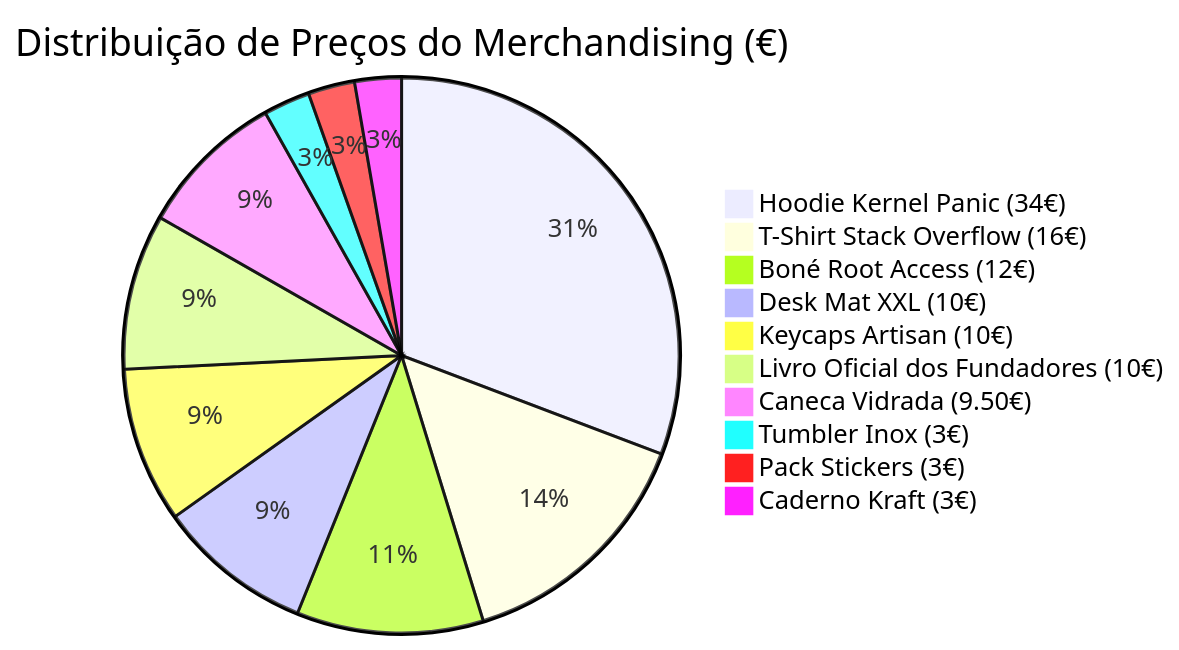
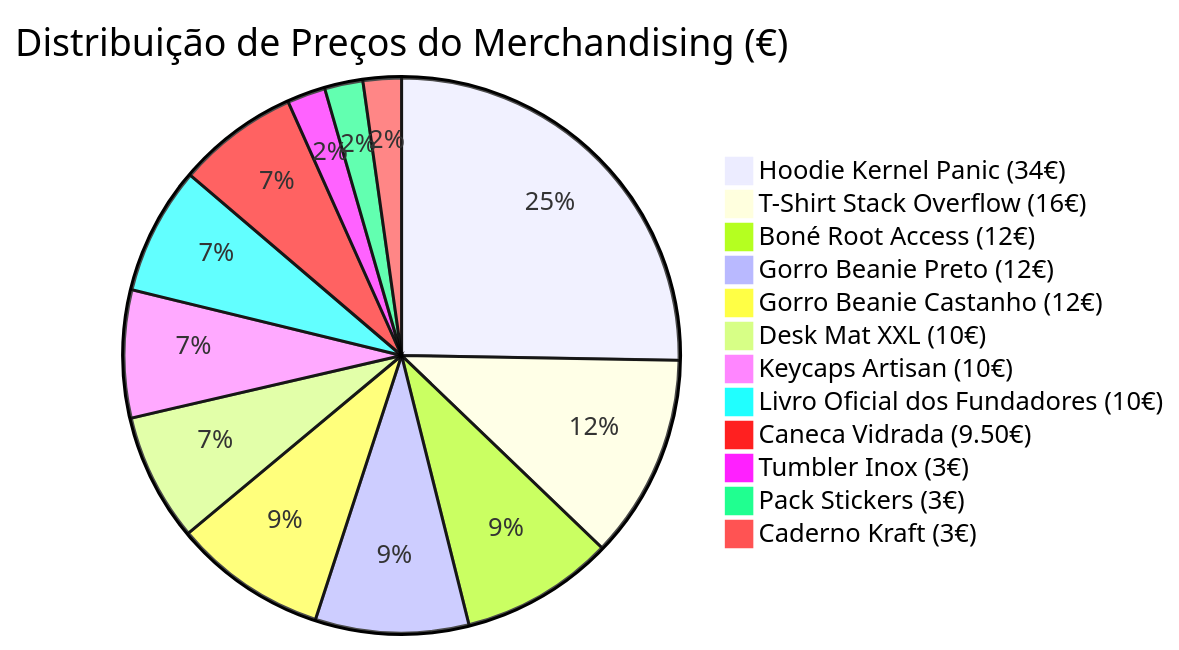
One commit to RKRomao/PlanB changed the sixth of 14 diagrams in PLANO_CYBERCAFE.md. Above: the diagram before and after it, drawn with Mermaid. The commit also changed other lines of this file and 17 other files, not shown here.

````diff
--- a/PLANO_CYBERCAFE.md
+++ b/PLANO_CYBERCAFE.md
@@ -219,13 +262,15 @@
 ```mermaid
 pie title Distribuição de Preços do Merchandising (€)
     "Hoodie Kernel Panic (34€)" : 34
     "T-Shirt Stack Overflow (16€)" : 16
     "Boné Root Access (12€)" : 12
+    "Gorro Beanie Preto (12€)" : 12
+    "Gorro Beanie Castanho (12€)" : 12
     "Desk Mat XXL (10€)" : 10
     "Keycaps Artisan (10€)" : 10
     "Livro Oficial dos Fundadores (10€)" : 10
     "Caneca Vidrada (9.50€)" : 9.5
     "Tumbler Inox (3€)" : 3
     "Pack Stickers (3€)" : 3
     "Caderno Kraft (3€)" : 3
 ```
````
